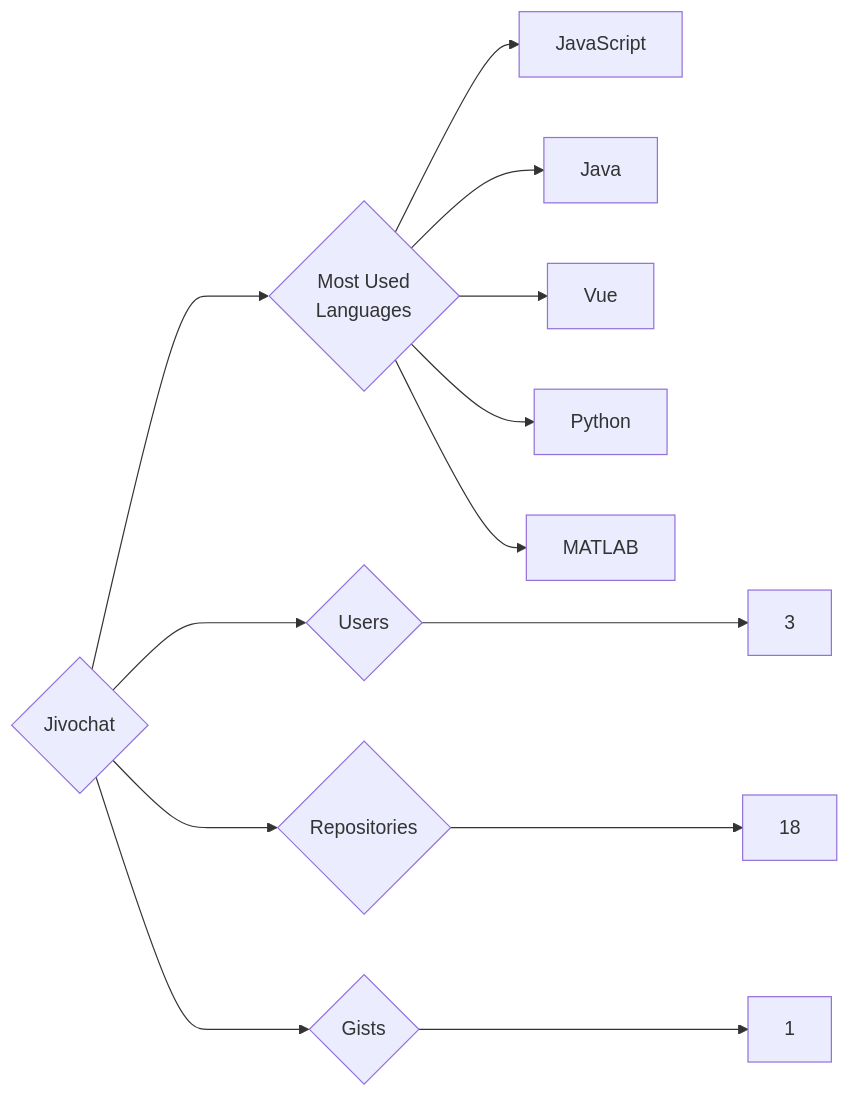
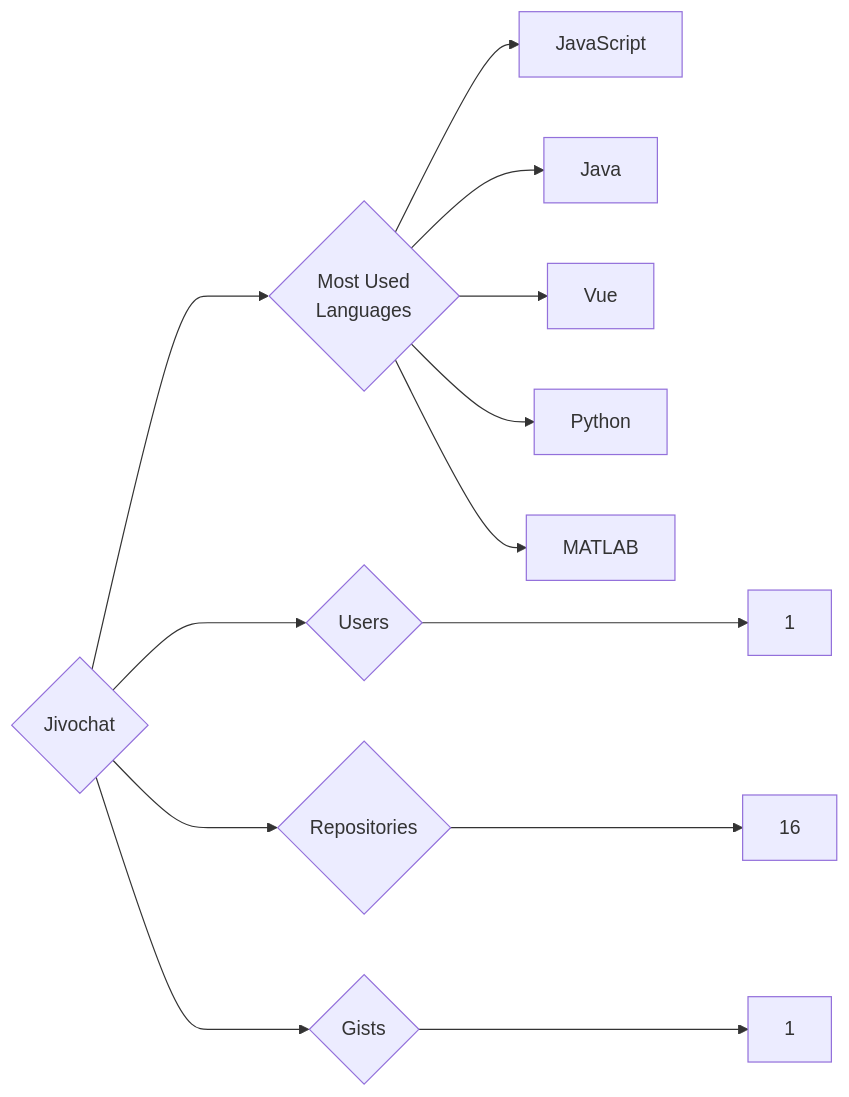
One commit to trickest/insiders changed the diagram in targets/Jivochat/README.md. Above: the diagram before and after it, drawn with Mermaid. The commit also changed 927 other files, not shown here.

````diff
--- a/targets/Jivochat/README.md
+++ b/targets/Jivochat/README.md
@@ -3,13 +3,13 @@
 ```mermaid
 graph LR
 COMPANY_NAME{Jivochat}
-COMPANY_NAME ---> U{Users} ---> UN[3]
-COMPANY_NAME ---> R{Repositories} ---> RN[18]
+COMPANY_NAME ---> U{Users} ---> UN[1]
+COMPANY_NAME ---> R{Repositories} ---> RN[16]
 COMPANY_NAME ---> G{Gists} ---> GN[1]
 COMPANY_NAME ---> ML{Most Used<br>Languages}
 ML --> JavaScript[JavaScript]
 ML --> Java[Java]
 ML --> Vue[Vue]
 ML --> Python[Python]
 ML --> MATLAB[MATLAB]
 ```
````
